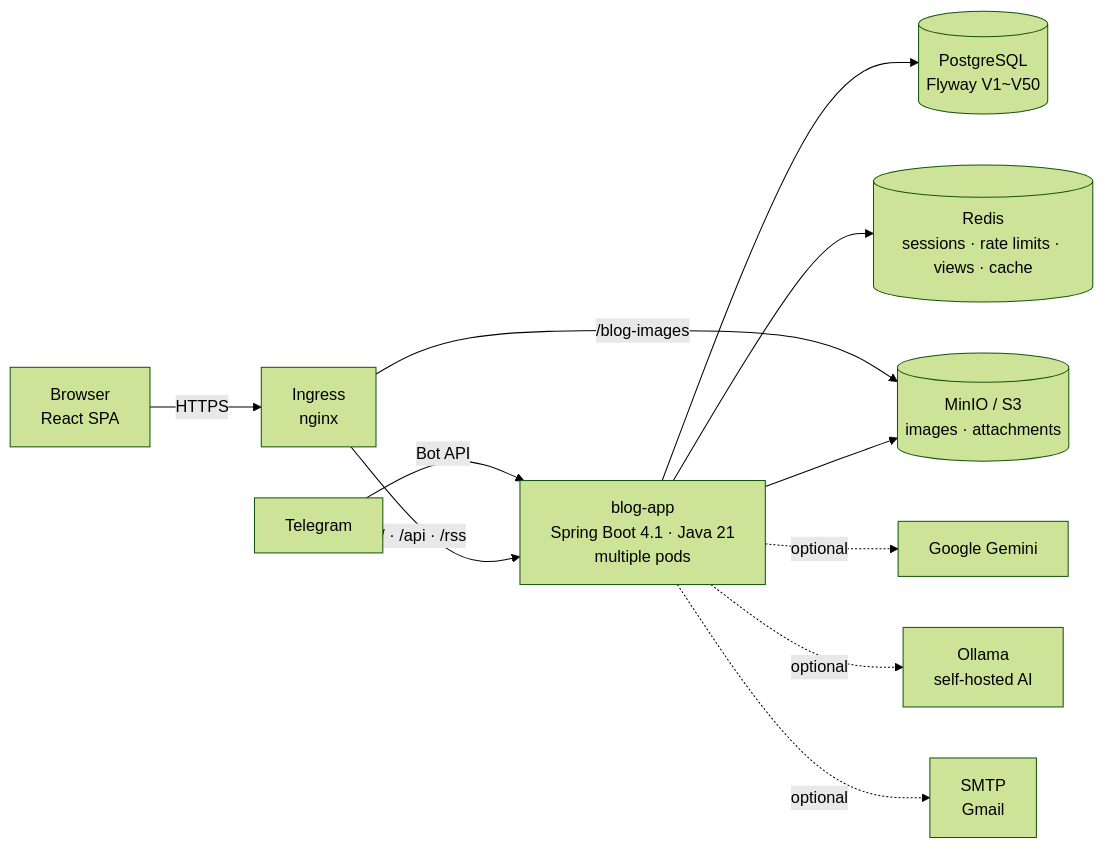
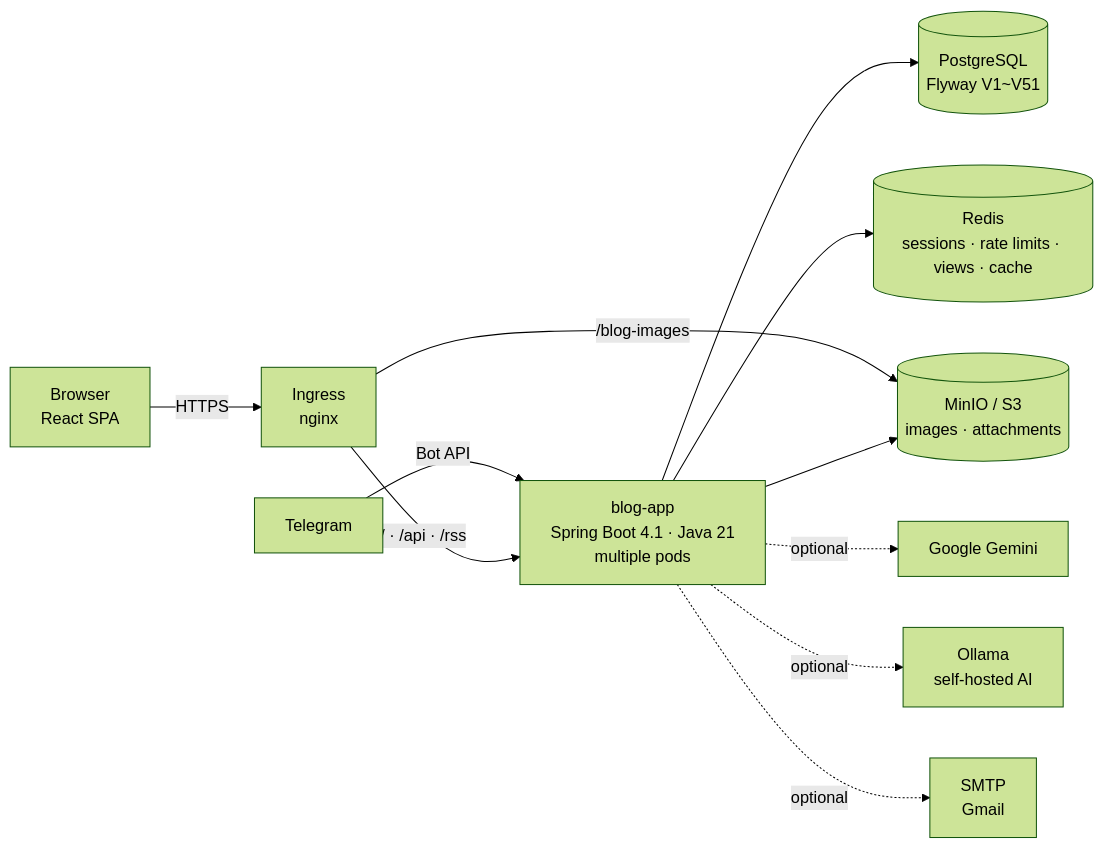
Before and after one commit to AIGJ-01-002-blog/devlog: the first of 3 diagrams in README.en.md, drawn with Mermaid (forest theme). The commit also changed other lines of this file and 3 other files, not shown here.

````diff
--- a/README.en.md
+++ b/README.en.md
@@ -160,13 +160,13 @@
 ```mermaid
 flowchart LR
     B[Browser<br/>React SPA] -->|HTTPS| I[Ingress<br/>nginx]
     T[Telegram] -->|Bot API| A
     I -->|/ · /api · /rss| A[blog-app<br/>Spring Boot 4.1 · Java 21<br/>multiple pods]
     I -->|/blog-images| M[(MinIO / S3<br/>images · attachments)]
-    A --> P[(PostgreSQL<br/>Flyway V1~V50)]
+    A --> P[(PostgreSQL<br/>Flyway V1~V51)]
     A --> R[(Redis<br/>sessions · rate limits · views · cache)]
     A --> M
     A -.optional.-> G[Google Gemini]
     A -.optional.-> O[Ollama<br/>self-hosted AI]
     A -.optional.-> S[SMTP<br/>Gmail]
 ```
````
